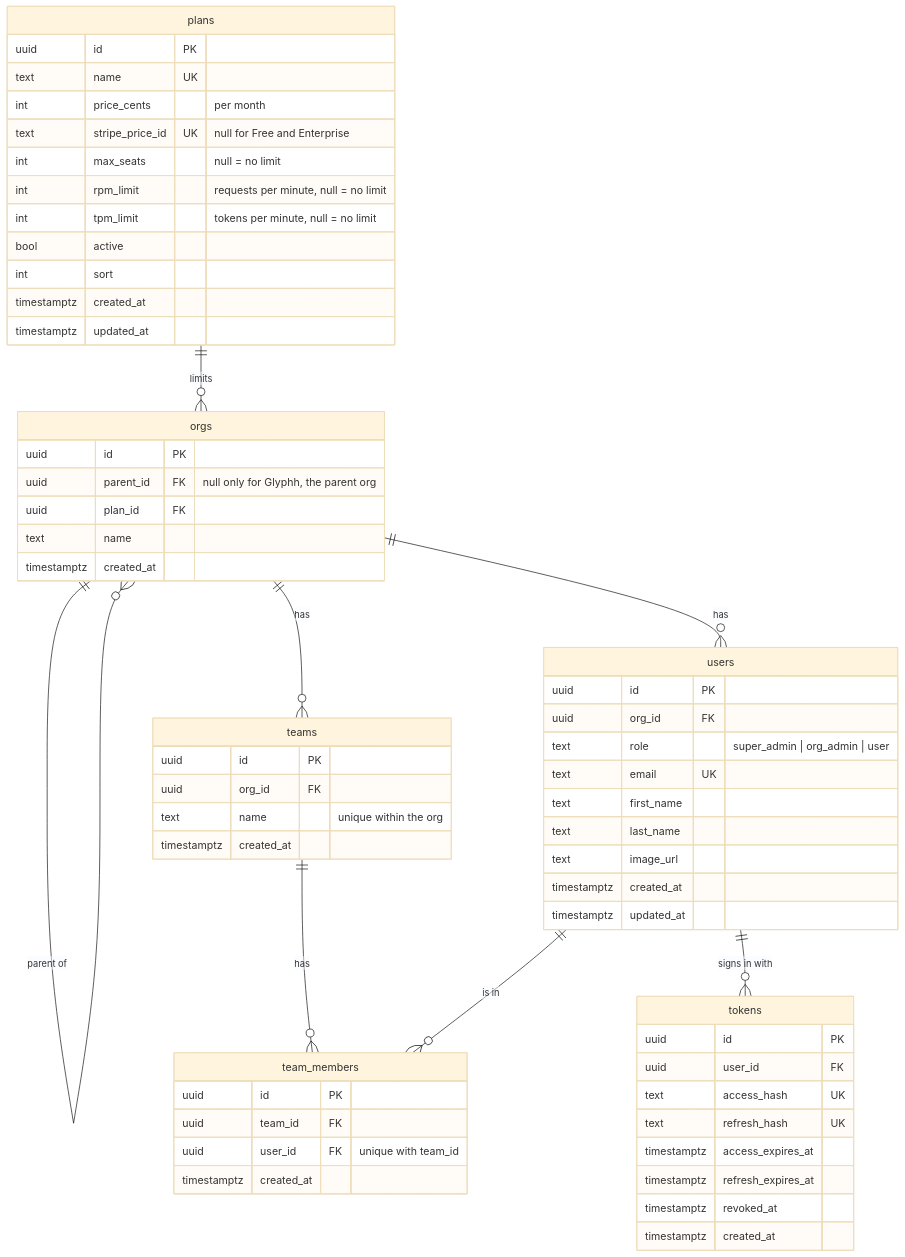
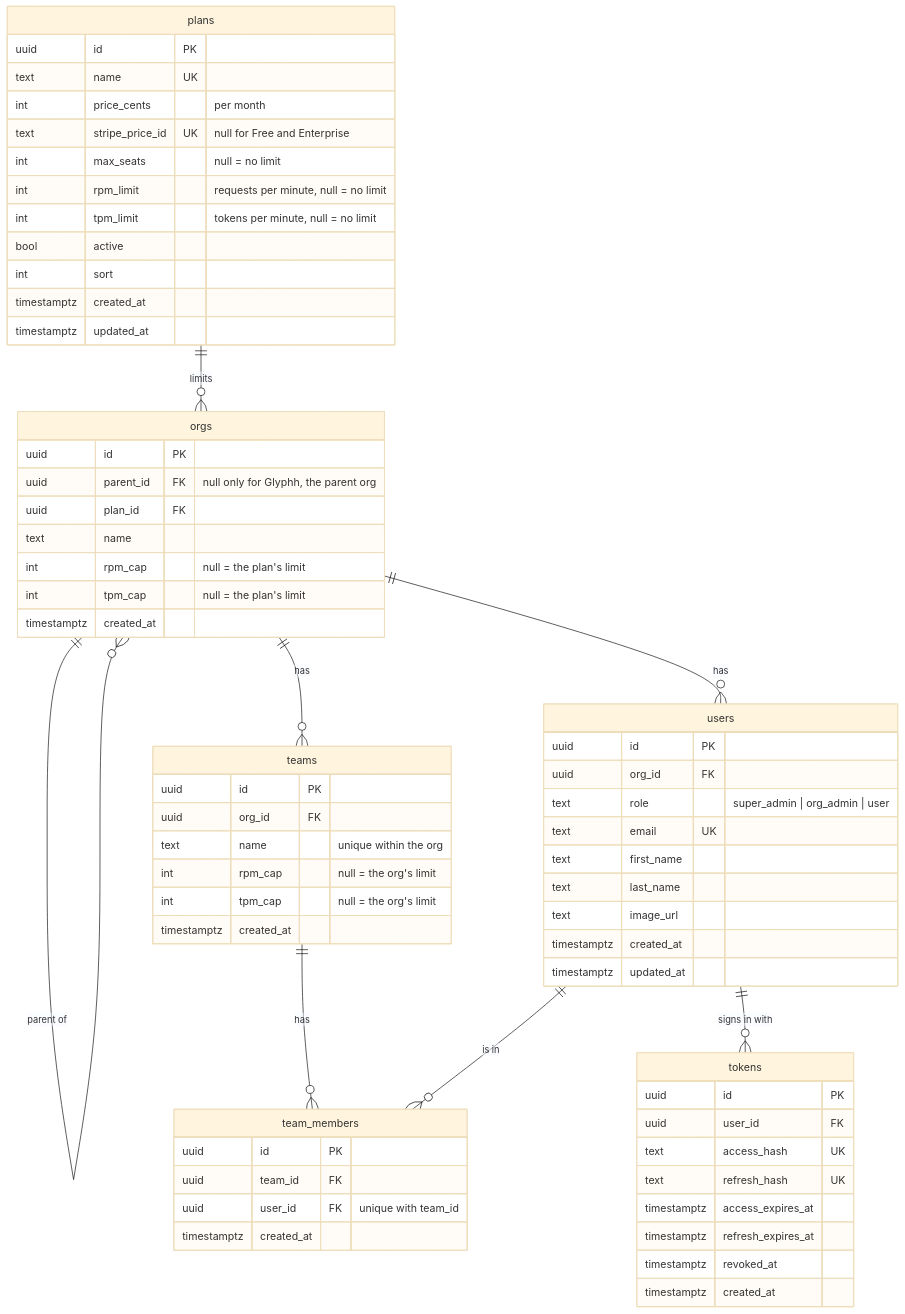
One commit to glyphh-ai/server changed the diagram in docs/data-model.md. Above: the diagram before and after it, drawn with Mermaid (base theme). The commit also changed other lines of this file, not shown here.

Commit message:
Data model: org and team caps under the plan's limits

````diff
--- a/docs/data-model.md
+++ b/docs/data-model.md
@@ -5,69 +5,73 @@
 ```mermaid
 erDiagram
     plans ||--o{ orgs : "limits"
     orgs ||--o{ orgs : "parent of"
     orgs ||--o{ users : "has"
     orgs ||--o{ teams : "has"
     teams ||--o{ team_members : "has"
     users ||--o{ team_members : "is in"
     users ||--o{ tokens : "signs in with"
 
     plans {
         uuid id PK
         text name UK
         int price_cents "per month"
         text stripe_price_id UK "null for Free and Enterprise"
         int max_seats "null = no limit"
         int rpm_limit "requests per minute, null = no limit"
         int tpm_limit "tokens per minute, null = no limit"
         bool active
         int sort
         timestamptz created_at
         timestamptz updated_at
     }
 
     orgs {
         uuid id PK
         uuid parent_id FK "null only for Glyphh, the parent org"
         uuid plan_id FK
         text name
+        int rpm_cap "null = the plan's limit"
+        int tpm_cap "null = the plan's limit"
         timestamptz created_at
     }
 
     users {
         uuid id PK
         uuid org_id FK
         text role "super_admin | org_admin | user"
         text email UK
         text first_name
         text last_name
         text image_url
         timestamptz created_at
         timestamptz updated_at
     }
 
     teams {
         uuid id PK
         uuid org_id FK
         text name "unique within the org"
+        int rpm_cap "null = the org's limit"
+        int tpm_cap "null = the org's limit"
         timestamptz created_at
     }
 
     team_members {
         uuid id PK
         uuid team_id FK
         uuid user_id FK "unique with team_id"
         timestamptz created_at
     }
 
     tokens {
         uuid id PK
         uuid user_id FK
         text access_hash UK
         text refresh_hash UK
         timestamptz access_expires_at
         timestamptz refresh_expires_at
         timestamptz revoked_at
         timestamptz created_at
     }
 ```
````
